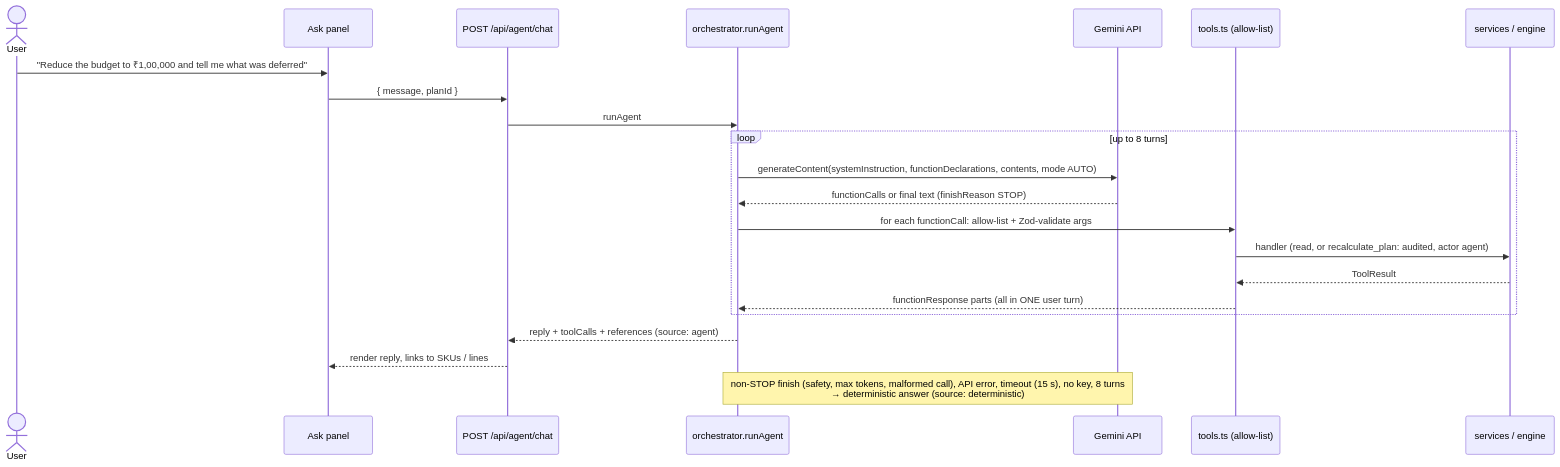
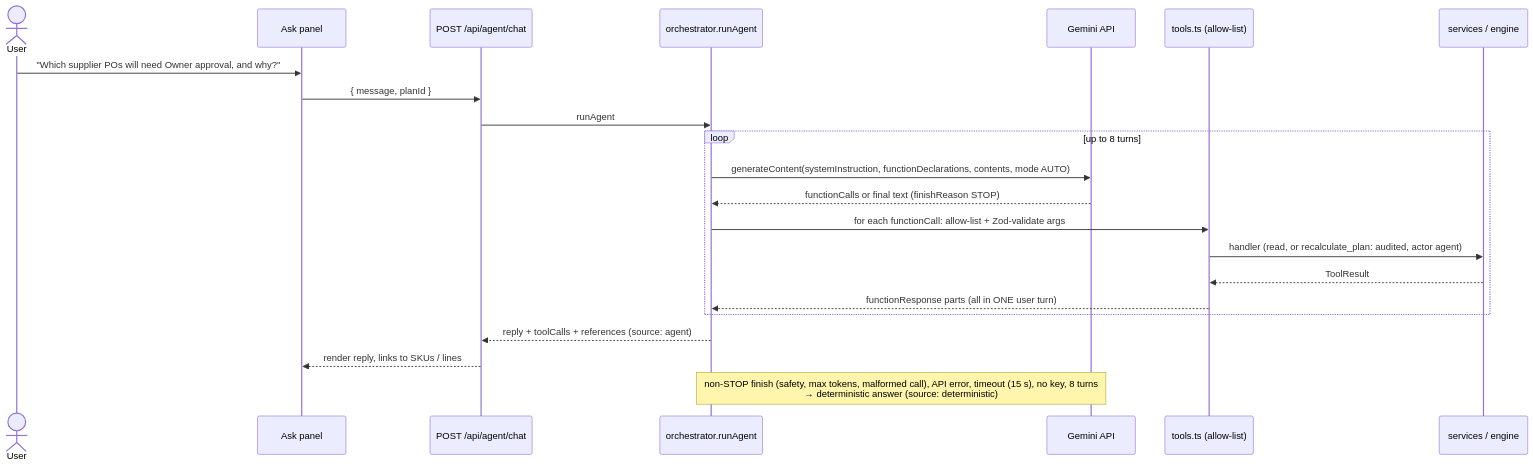
One commit to rushshah973/pharmaos changed diagram 12 of 22 in architecture.md. Above: the diagram before and after it, drawn with Mermaid. The commit also changed other lines of this file and 35 other files, not shown here.

First line of the commit message:
Remove the purchase budget; add Owner approval for POs above ₹4,00,000

````diff
--- a/architecture.md
+++ b/architecture.md
@@ -394,24 +421,24 @@
 ```mermaid
 sequenceDiagram
     actor U as User
     participant Pn as Ask panel
     participant API as POST /api/agent/chat
     participant O as orchestrator.runAgent
     participant CL as Gemini API
     participant T as tools.ts (allow-list)
     participant SV as services / engine
-    U->>Pn: "Reduce the budget to ₹1,00,000 and tell me what was deferred"
+    U->>Pn: "Which supplier POs will need Owner approval, and why?"
     Pn->>API: { message, planId }
     API->>O: runAgent
     loop up to 8 turns
         O->>CL: generateContent(systemInstruction, functionDeclarations, contents, mode AUTO)
         CL-->>O: functionCalls or final text (finishReason STOP)
         O->>T: for each functionCall: allow-list + Zod-validate args
         T->>SV: handler (read, or recalculate_plan: audited, actor agent)
         SV-->>T: ToolResult
         T-->>O: functionResponse parts (all in ONE user turn)
     end
     O-->>API: reply + toolCalls + references (source: agent)
     API-->>Pn: render reply, links to SKUs / lines
     Note over O,CL: non-STOP finish (safety, max tokens, malformed call), API error, timeout (15 s), no key, 8 turns<br/>→ deterministic answer (source: deterministic)
 ```
````
